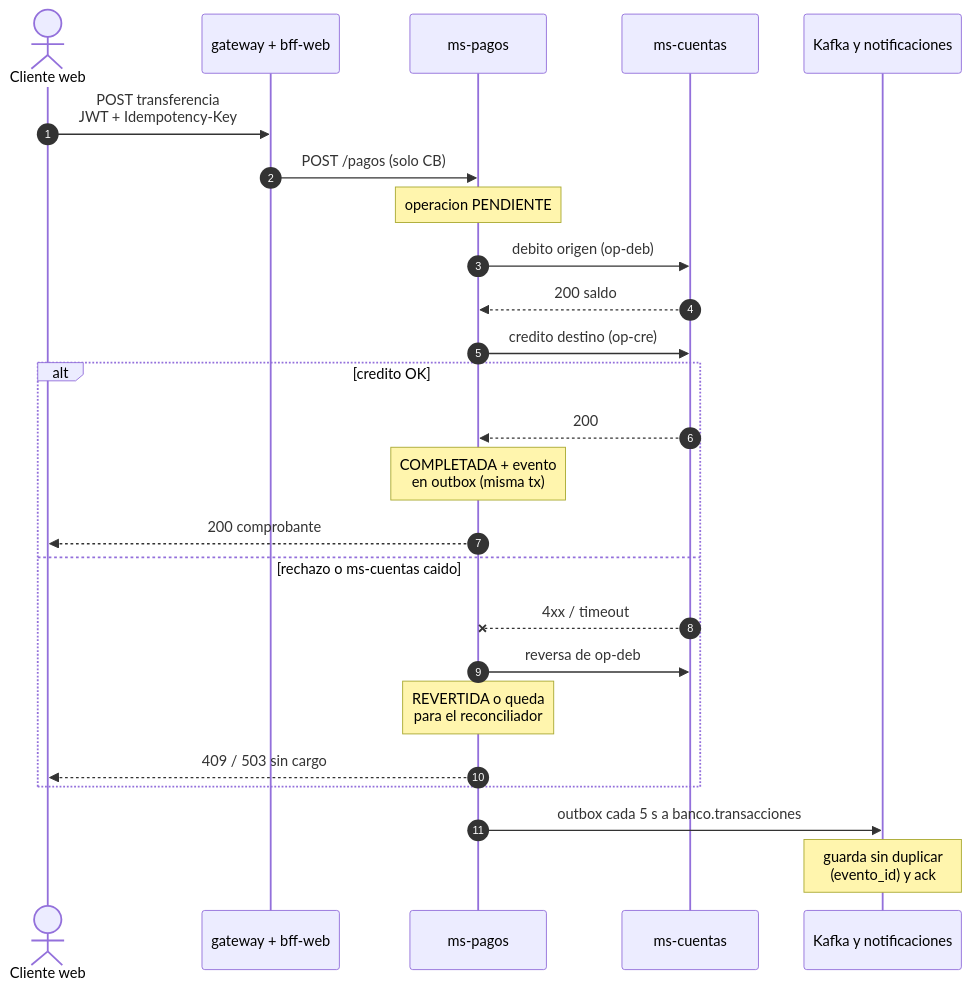
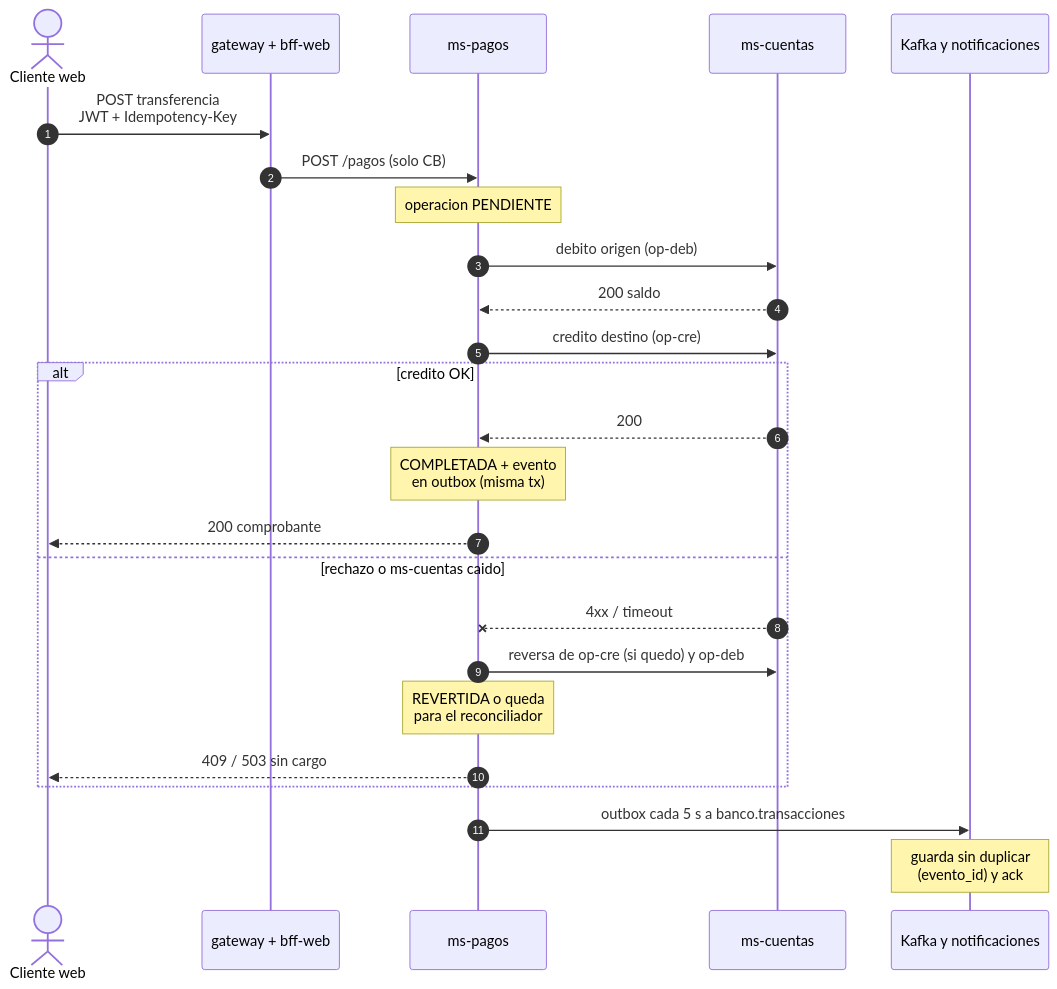
One commit to Dalvae/banco-xyz-eft changed the diagram in docs/diagramas/04-secuencia-transferencia.mmd. Above: the diagram before and after it, drawn with Mermaid. The commit also changed 5 other files, not shown here.

```diff
--- a/docs/diagramas/04-secuencia-transferencia.mmd
+++ b/docs/diagramas/04-secuencia-transferencia.mmd
@@ -1,27 +1,27 @@
 %% transferencia: saga con compensacion + evento kafka via outbox
 sequenceDiagram
     autonumber
     actor U as Cliente web
     participant W as gateway + bff-web
     participant P as ms-pagos
     participant C as ms-cuentas
     participant K as Kafka y notificaciones
 
     U->>W: POST transferencia<br/>JWT + Idempotency-Key
     W->>P: POST /pagos (solo CB)
     Note over P: operacion PENDIENTE
     P->>C: debito origen (op-deb)
     C-->>P: 200 saldo
     P->>C: credito destino (op-cre)
     alt credito OK
         C-->>P: 200
         Note over P: COMPLETADA + evento<br/>en outbox (misma tx)
         P-->>U: 200 comprobante
     else rechazo o ms-cuentas caido
         C--xP: 4xx / timeout
-        P->>C: reversa de op-deb
+        P->>C: reversa de op-cre (si quedo) y op-deb
         Note over P: REVERTIDA o queda<br/>para el reconciliador
         P-->>U: 409 / 503 sin cargo
     end
     P->>K: outbox cada 5 s a banco.transacciones
     Note over K: guarda sin duplicar<br/>(evento_id) y ack
```
